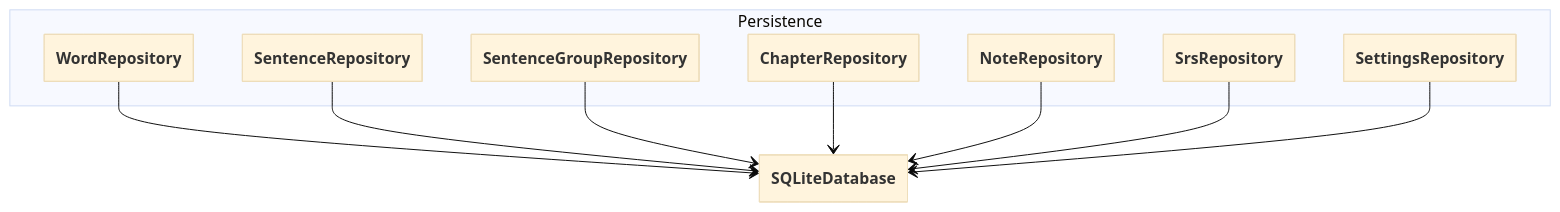
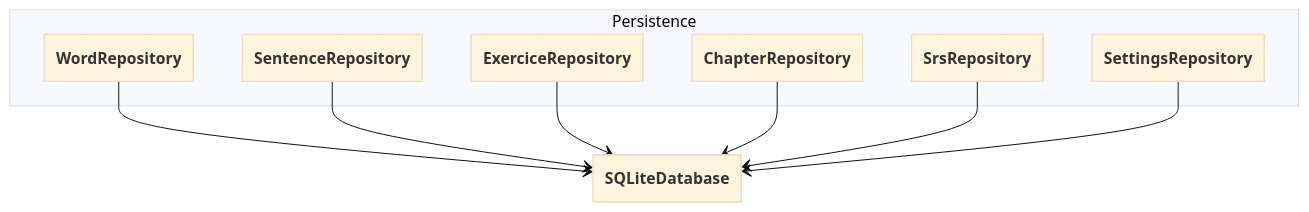
The diagram in docs/architecture/persistence.md (Antoine-Lagache/psitta), drawn with Mermaid (base theme) before and after one commit. The commit also changed other lines of this file and 11 other files, not shown here.

Commit message:
alignement docs et domain pour l'architecture

````diff
--- a/docs/architecture/persistence.md
+++ b/docs/architecture/persistence.md
@@ -20,24 +22,22 @@
 ```mermaid
 %%{init: {"class": {"hideEmptyMembersBox": true}} }%%
 classDiagram
 
 namespace Persistence {
   class WordRepository
   class SentenceRepository
-  class SentenceGroupRepository
+  class ExerciceRepository
   class ChapterRepository
-  class NoteRepository
   class SrsRepository
   class SettingsRepository
 }
 
 class SQLiteDatabase
 
 WordRepository --> SQLiteDatabase
 SentenceRepository --> SQLiteDatabase
-SentenceGroupRepository --> SQLiteDatabase
+ExerciceRepository --> SQLiteDatabase
 ChapterRepository --> SQLiteDatabase
-NoteRepository --> SQLiteDatabase
 SrsRepository --> SQLiteDatabase
 SettingsRepository --> SQLiteDatabase
 ```
````
